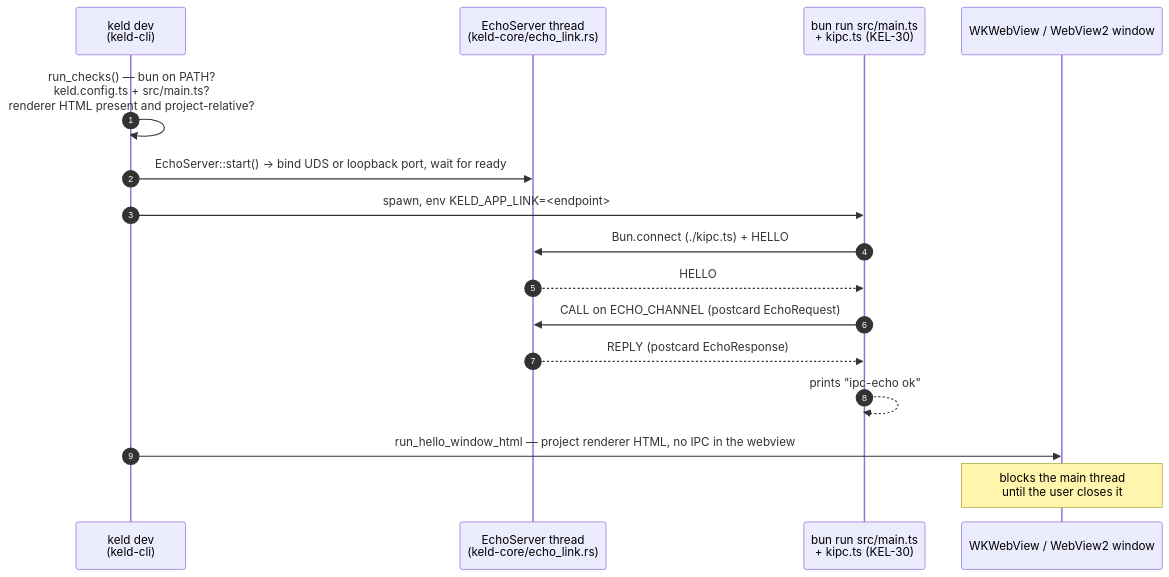
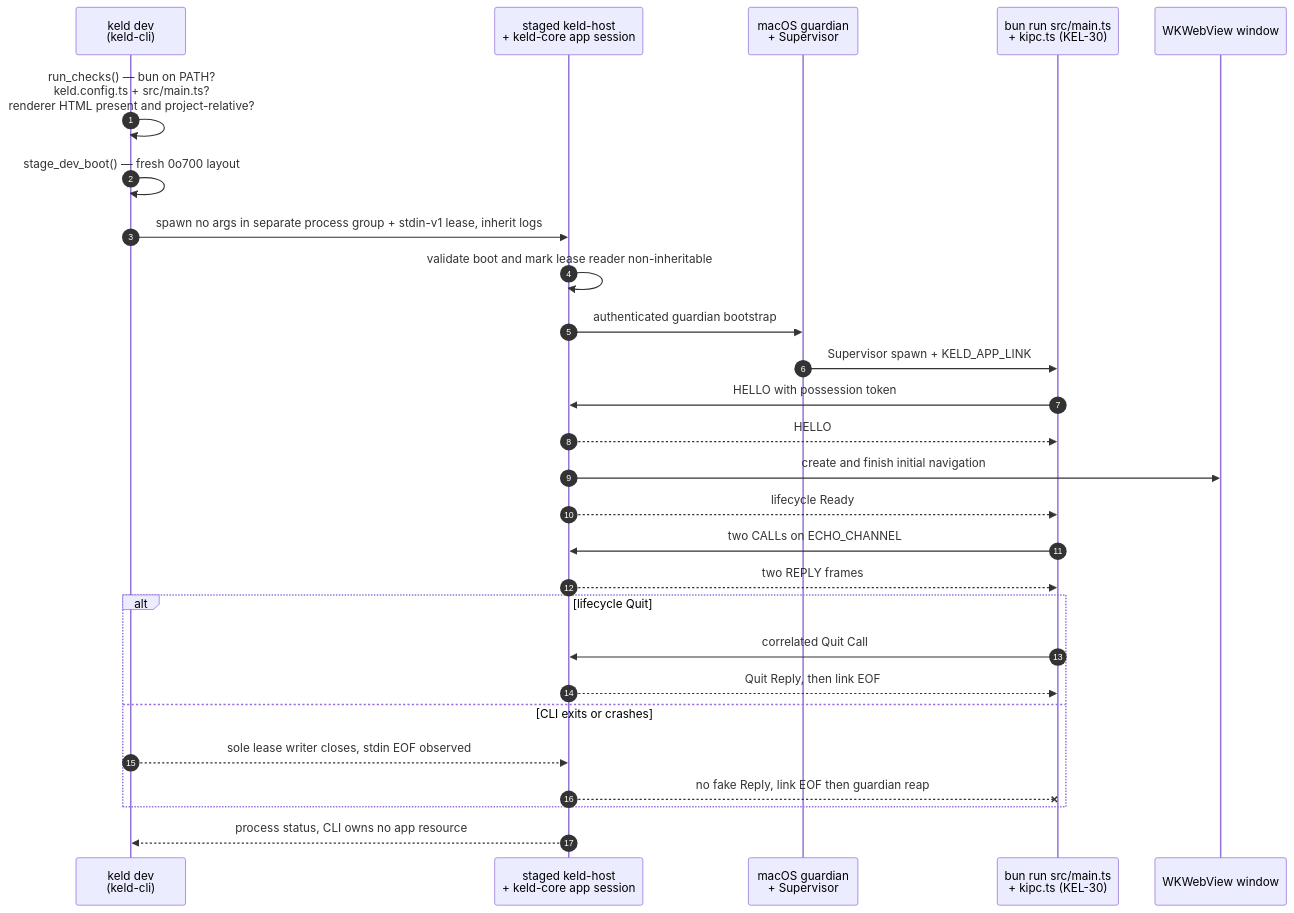
Before and after one commit to gyldlab/keld: the second of 3 diagrams in docs/onboarding/02-architecture-guide.md, drawn with Mermaid. The commit also changed other lines of this file and 15 other files, not shown here.

First line of the commit message:
feat(cli): delegate macOS dev to staged host (#111)

````diff
--- a/docs/onboarding/02-architecture-guide.md
+++ b/docs/onboarding/02-architecture-guide.md
@@ -256,25 +257,36 @@
 ```mermaid
 sequenceDiagram
-    accTitle: Current keld dev echo and subsequent window flow
+    accTitle: Current macOS keld dev delegated host flow
     accDescr {
-      The live CLI starts a token-authenticated Bun echo session and waits for it to
-      finish before opening the project webview window. The Bun session and window do
-      not coexist in this current diagnostic vertical slice.
+      The live macOS CLI compiles an owner-private stage and launches a no-flag host.
+      The host owns the authenticated app link, guardian-supervised Bun child and native
+      window. CLI lease loss and lifecycle Quit converge on the host's ordered teardown.
     }
     autonumber
     participant CLI as keld dev<br/>(keld-cli)
-    participant Srv as EchoServer thread<br/>(keld-core/echo_link.rs)
+    participant Host as staged keld-host<br/>+ keld-core app session
+    participant Guard as macOS guardian<br/>+ Supervisor
     participant Bun as bun run src/main.ts<br/>+ kipc.ts (KEL-30)
-    participant Win as WKWebView / WebView2 window
+    participant Win as WKWebView window
 
     CLI->>CLI: run_checks() — bun on PATH?<br/>keld.config.ts + src/main.ts?<br/>renderer HTML present and project-relative?
-    CLI->>Srv: EchoServer::start() → bind UDS or loopback port, wait for ready
-    CLI->>Bun: spawn, env KELD_APP_LINK=<endpoint>#<token>
-    Bun->>Srv: Bun.connect (./kipc.ts) + HELLO
-    Srv-->>Bun: HELLO
-    Bun->>Srv: CALL on ECHO_CHANNEL (postcard EchoRequest)
-    Srv-->>Bun: REPLY (postcard EchoResponse)
-    Bun-->>Bun: prints "ipc-echo ok"
-    CLI->>Win: run_hello_window_html — project renderer HTML, no IPC in the webview
-    Note over Win: blocks the main thread<br/>until the user closes it
+    CLI->>CLI: stage_dev_boot() — fresh 0o700 layout
+    CLI->>Host: spawn no args in separate process group + stdin-v1 lease, inherit logs
+    Host->>Host: validate boot and mark lease reader non-inheritable
+    Host->>Guard: authenticated guardian bootstrap
+    Guard->>Bun: Supervisor spawn + KELD_APP_LINK
+    Bun->>Host: HELLO with possession token
+    Host-->>Bun: HELLO
+    Host->>Win: create and finish initial navigation
+    Host-->>Bun: lifecycle Ready
+    Bun->>Host: two CALLs on ECHO_CHANNEL
+    Host-->>Bun: two REPLY frames
+    alt lifecycle Quit
+        Bun->>Host: correlated Quit Call
+        Host-->>Bun: Quit Reply, then link EOF
+    else CLI exits or crashes
+        CLI-->>Host: sole lease writer closes, stdin EOF observed
+        Host--xBun: no fake Reply, link EOF then guardian reap
+    end
+    Host-->>CLI: process status, CLI owns no app resource
 ```
````
